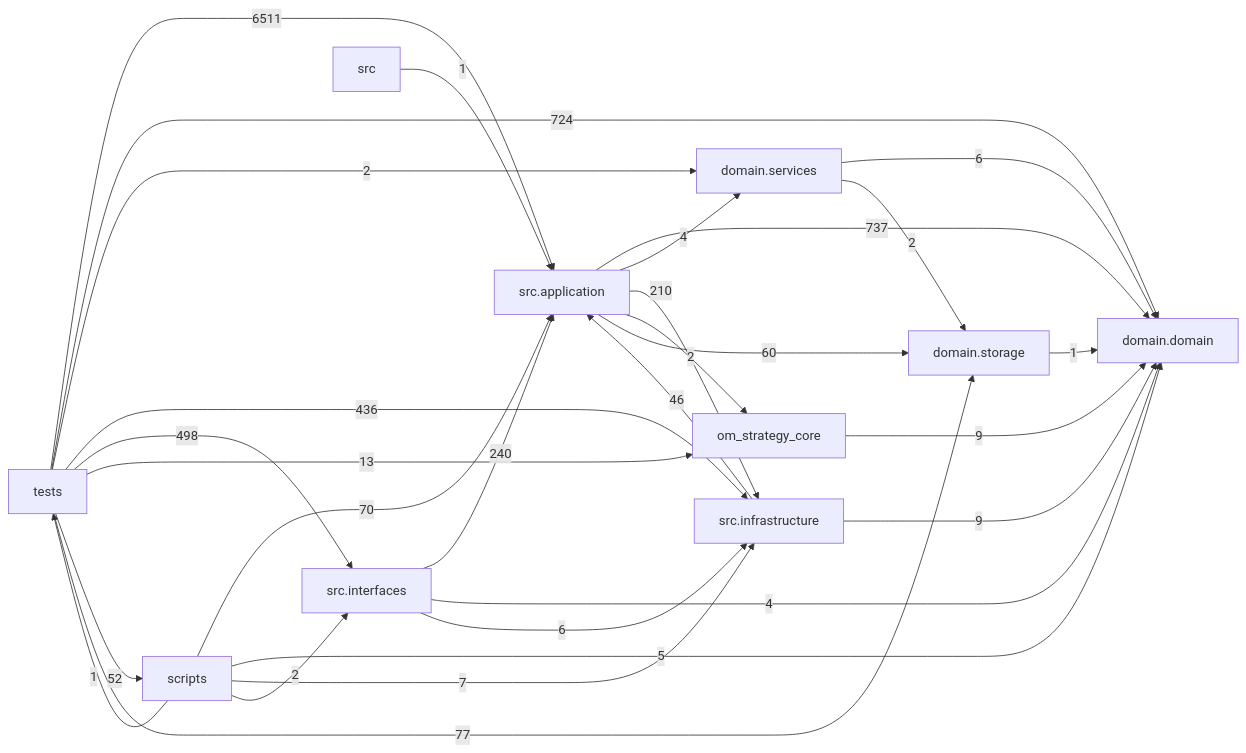
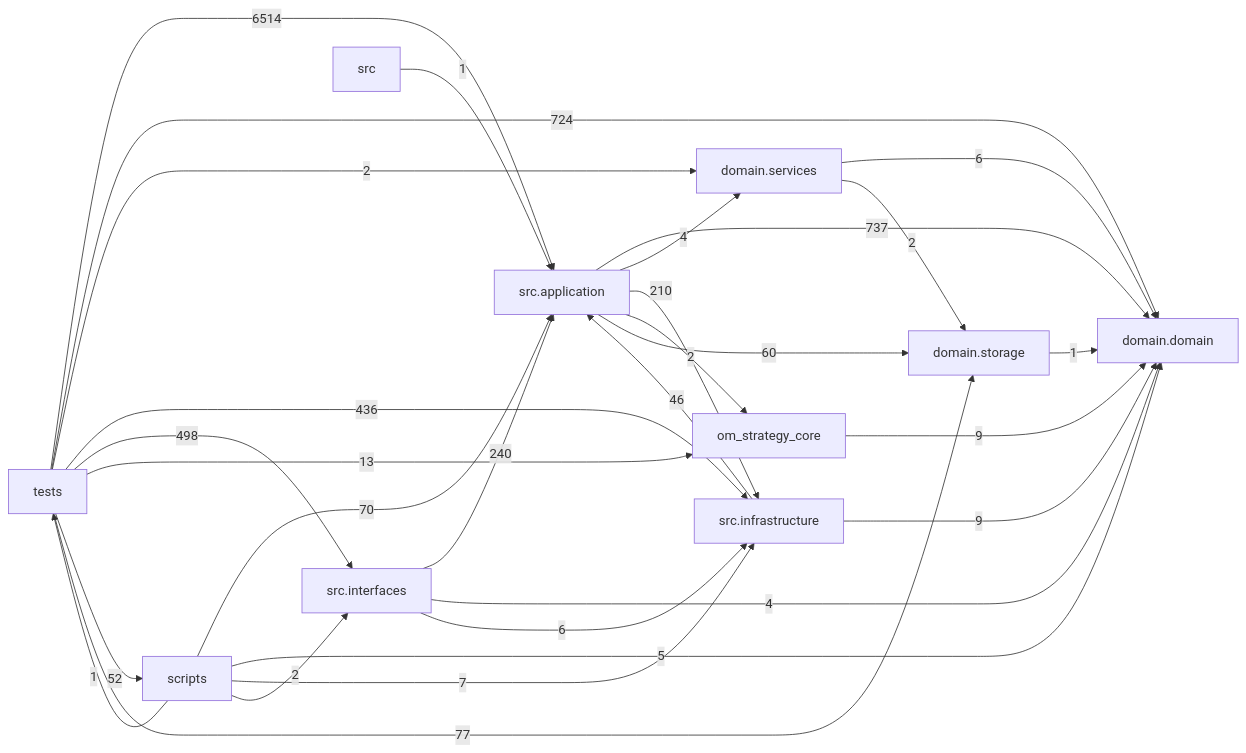
Before and after one commit to liuxie066/options-monitor: the diagram in docs/DEPENDENCY_GRAPH.md, drawn with Mermaid. The commit also changed other lines of this file and 3 other files, not shown here.

````diff
--- a/docs/DEPENDENCY_GRAPH.md
+++ b/docs/DEPENDENCY_GRAPH.md
@@ -24,39 +24,39 @@
 ```mermaid
 flowchart LR
   tests["tests"]
   scripts["scripts"]
   interfaces["src.interfaces"]
   application["src.application"]
   infrastructure["src.infrastructure"]
   domain_services["domain.services"]
   domain["domain.domain"]
   storage["domain.storage"]
   application -->|737| domain
   application -->|4| domain_services
   application -->|210| infrastructure
   application -->|2| om_strategy_core
   application -->|60| storage
   domain_services -->|6| domain
   domain_services -->|2| storage
   infrastructure -->|46| application
   infrastructure -->|9| domain
   interfaces -->|240| application
   interfaces -->|4| domain
   interfaces -->|6| infrastructure
   om_strategy_core -->|9| domain
   scripts -->|70| application
   scripts -->|5| domain
   scripts -->|7| infrastructure
   scripts -->|2| interfaces
   scripts -->|1| tests
   src -->|1| application
   storage -->|1| domain
-  tests -->|6511| application
+  tests -->|6514| application
   tests -->|724| domain
   tests -->|2| domain_services
   tests -->|436| infrastructure
   tests -->|498| interfaces
   tests -->|13| om_strategy_core
   tests -->|52| scripts
   tests -->|77| storage
 ```
````
